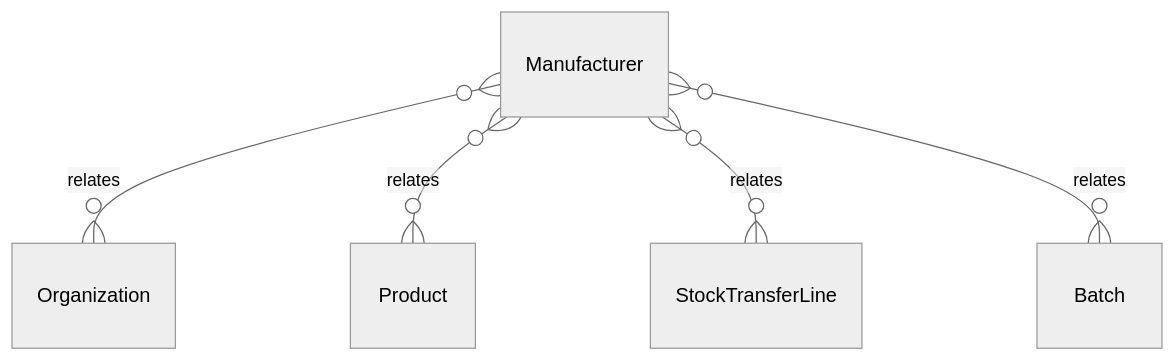
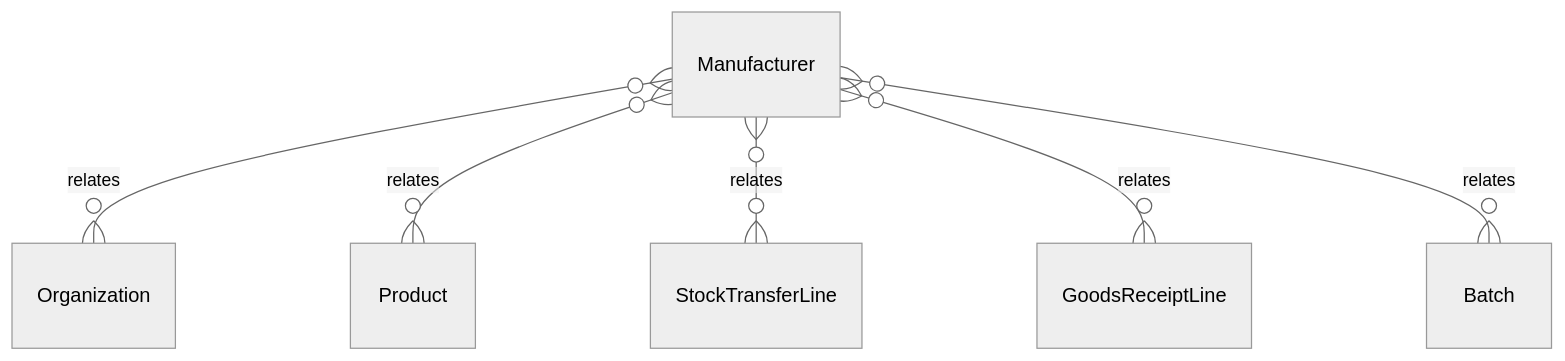
Before and after one commit to tejasnirala/rcln: the diagram in .kb/Database/Manufacturer.md, drawn with Mermaid (neutral theme). The commit also changed other lines of this file and 162 other files, not shown here.

````diff
--- a/.kb/Database/Manufacturer.md
+++ b/.kb/Database/Manufacturer.md
@@ -49,7 +50,8 @@
 ```mermaid
 erDiagram
     Manufacturer }o--o{ Organization : relates
     Manufacturer }o--o{ Product : relates
     Manufacturer }o--o{ StockTransferLine : relates
+    Manufacturer }o--o{ GoodsReceiptLine : relates
     Manufacturer }o--o{ Batch : relates
 ```
````
